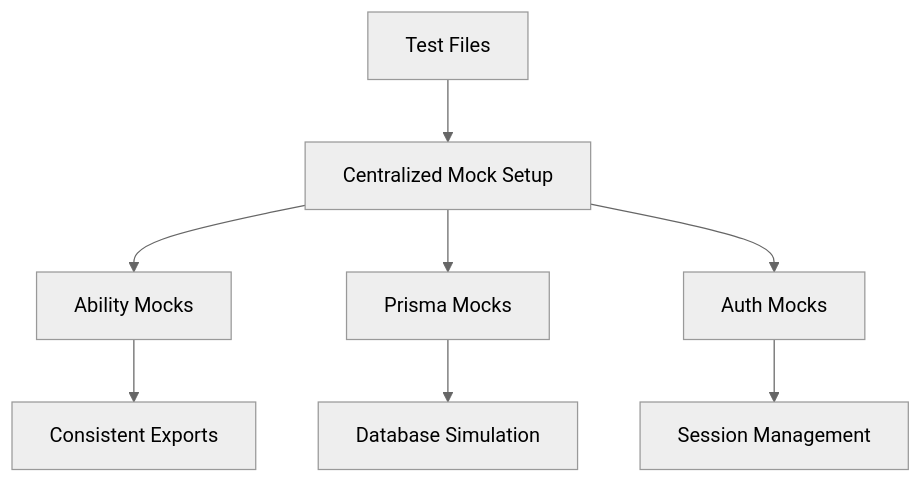
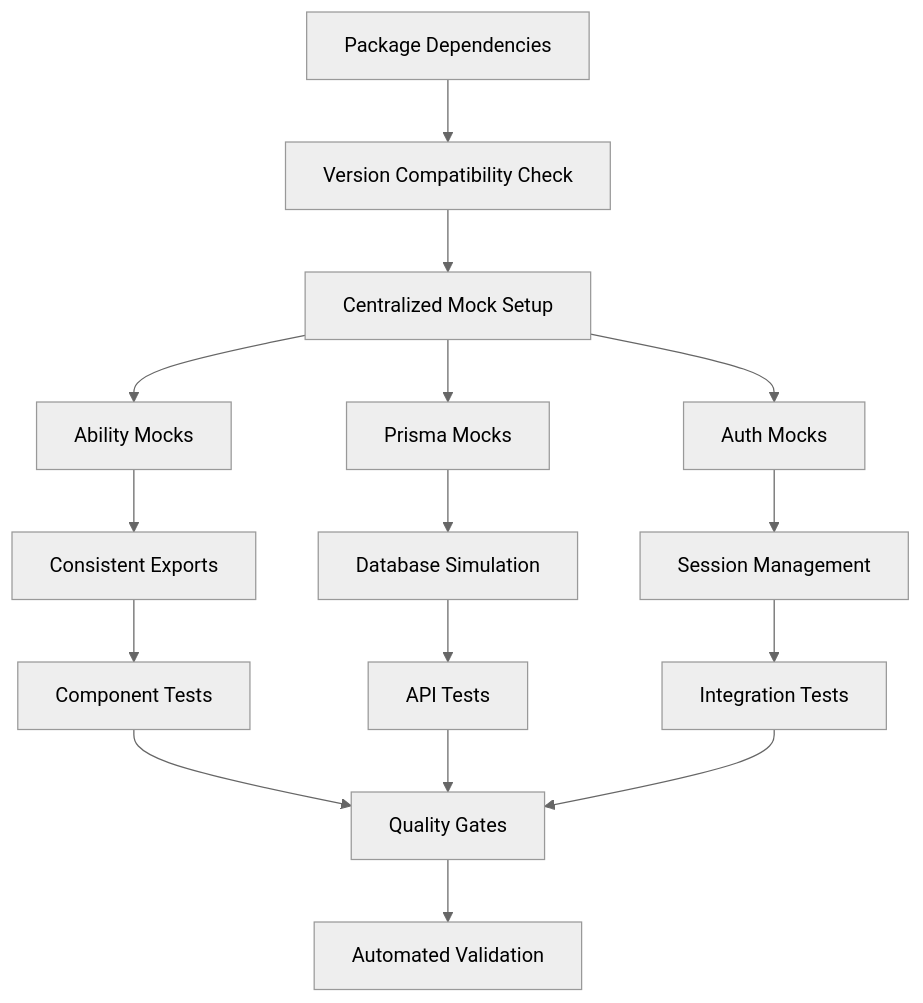
The first of 2 diagrams in .kiro/specs/test-fixes/design.md (fightlightdiamond/afk-lucky), drawn with Mermaid (neutral theme) before and after one commit. The commit also changed other lines of this file and 72 other files, not shown here.

````diff
--- a/.kiro/specs/test-fixes/design.md
+++ b/.kiro/specs/test-fixes/design.md
@@ -20,10 +23,18 @@
 ```mermaid
 graph TD
-    A[Test Files] --> B[Centralized Mock Setup]
-    B --> C[Ability Mocks]
-    B --> D[Prisma Mocks]
-    B --> E[Auth Mocks]
-    C --> F[Consistent Exports]
-    D --> G[Database Simulation]
-    E --> H[Session Management]
+    A[Package Dependencies] --> B[Version Compatibility Check]
+    B --> C[Centralized Mock Setup]
+    C --> D[Ability Mocks]
+    C --> E[Prisma Mocks]
+    C --> F[Auth Mocks]
+    D --> G[Consistent Exports]
+    E --> H[Database Simulation]
+    F --> I[Session Management]
+    G --> J[Component Tests]
+    H --> K[API Tests]
+    I --> L[Integration Tests]
+    J --> M[Quality Gates]
+    K --> M
+    L --> M
+    M --> N[Automated Validation]
 ```
````
